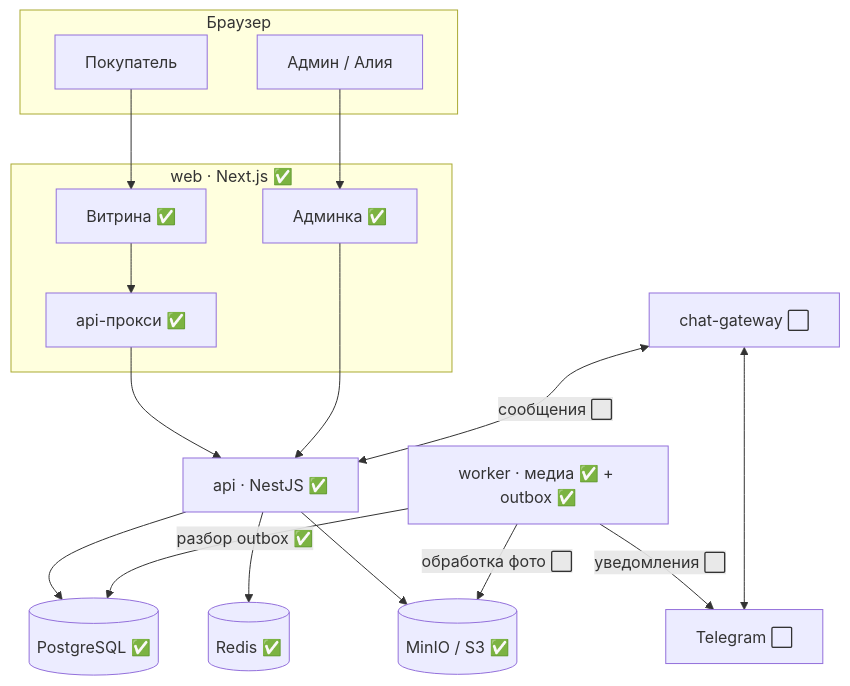
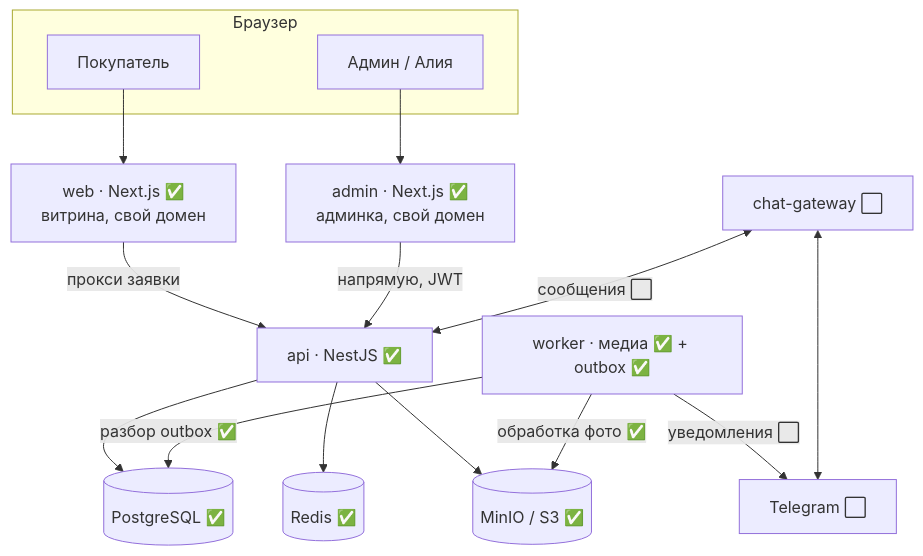
One commit to ElamanBaiguanishev/artshop changed the first of 6 diagrams in docs/SYSTEM.md. Above: the diagram before and after it, drawn with Mermaid. The commit also changed other lines of this file and 22 other files, not shown here.

First line of the commit message:
Админка вынесена в отдельное приложение apps/admin

````diff
--- a/docs/SYSTEM.md
+++ b/docs/SYSTEM.md
@@ -12,37 +16,33 @@
 ```mermaid
 flowchart TB
     subgraph browser[Браузер]
         U[Покупатель]
         A[Админ / Алия]
     end
 
-    subgraph web[web · Next.js ✅]
-        SHOP[Витрина ✅]
-        ADMIN[Админка ✅]
-        PROXY[api-прокси ✅]
-    end
-
+    WEB[web · Next.js ✅<br/>витрина, свой домен]
+    ADM[admin · Next.js ✅<br/>админка, свой домен]
     API[api · NestJS ✅]
     WORKER[worker · медиа ✅ + outbox ✅]
     CG[chat-gateway ⬜]
 
     PG[(PostgreSQL ✅)]
     REDIS[(Redis ✅)]
     S3[(MinIO / S3 ✅)]
     TG[Telegram ⬜]
 
-    U --> SHOP
-    A --> ADMIN
-    SHOP --> PROXY --> API
-    ADMIN --> API
+    U --> WEB
+    A --> ADM
+    WEB -->|прокси заявки| API
+    ADM -->|напрямую, JWT| API
 
     API --> PG
     API --> REDIS
     API --> S3
 
     WORKER -->|разбор outbox ✅| PG
-    WORKER -->|обработка фото ⬜| S3
+    WORKER -->|обработка фото ✅| S3
     WORKER -->|уведомления ⬜| TG
     CG <-->|сообщения ⬜| API
     CG <--> TG
 ```
````
